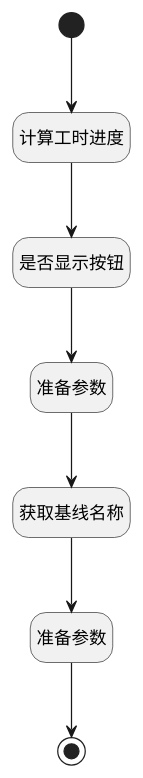
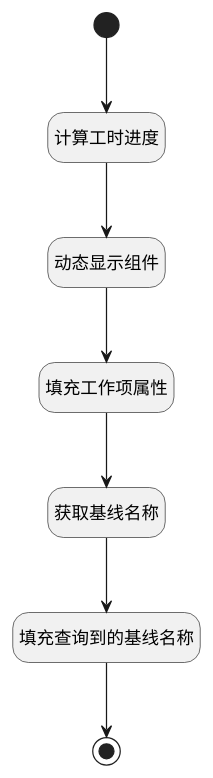
One commit to iBizLab/plm changed the diagram in doc/docsify/module/ProjMgmt/work_item/uilogic/get_workload_schedule.md. Above: the diagram before and after it, drawn with PlantUML. The commit also changed other lines of this file and 2688 other files, not shown here.

````diff
--- a/doc/docsify/module/ProjMgmt/work_item/uilogic/get_workload_schedule.md
+++ b/doc/docsify/module/ProjMgmt/work_item/uilogic/get_workload_schedule.md
@@ -7,29 +7,29 @@
 ```plantuml
 @startuml
 hide footbox
 <style>
 root {
   HyperlinkColor #42b983
 }
 </style>
 
 hide empty description
 state "开始" as Begin <<start>> [[$./get_workload_schedule#begin {开始}]]
+state "动态显示组件" as RAWJSCODE2  [[$./get_workload_schedule#rawjscode2 {动态显示组件}]]
+state "获取基线名称" as DEACTION1  [[$./get_workload_schedule#deaction1 {获取基线名称}]]
+state "填充查询到的基线名称" as PREPAREJSPARAM1  [[$./get_workload_schedule#preparejsparam1 {填充查询到的基线名称}]]
 state "结束" as END1 <<end>> [[$./get_workload_schedule#end1 {结束}]]
-state "准备参数" as PREPAREJSPARAM1  [[$./get_workload_schedule#preparejsparam1 {准备参数}]]
-state "获取基线名称" as DEACTION1  [[$./get_workload_schedule#deaction1 {获取基线名称}]]
 state "计算工时进度" as RAWJSCODE1  [[$./get_workload_schedule#rawjscode1 {计算工时进度}]]
-state "是否显示按钮" as RAWJSCODE2  [[$./get_workload_schedule#rawjscode2 {是否显示按钮}]]
-state "准备参数" as PREPAREJSPARAM2  [[$./get_workload_schedule#preparejsparam2 {准备参数}]]
+state "填充工作项属性" as PREPAREJSPARAM2  [[$./get_workload_schedule#preparejsparam2 {填充工作项属性}]]
 
 
 Begin --> RAWJSCODE1
 RAWJSCODE1 --> RAWJSCODE2
 RAWJSCODE2 --> PREPAREJSPARAM2
 PREPAREJSPARAM2 --> DEACTION1
 DEACTION1 --> PREPAREJSPARAM1
 PREPAREJSPARAM1 --> END1
 
 
 @enduml
 ```
````
